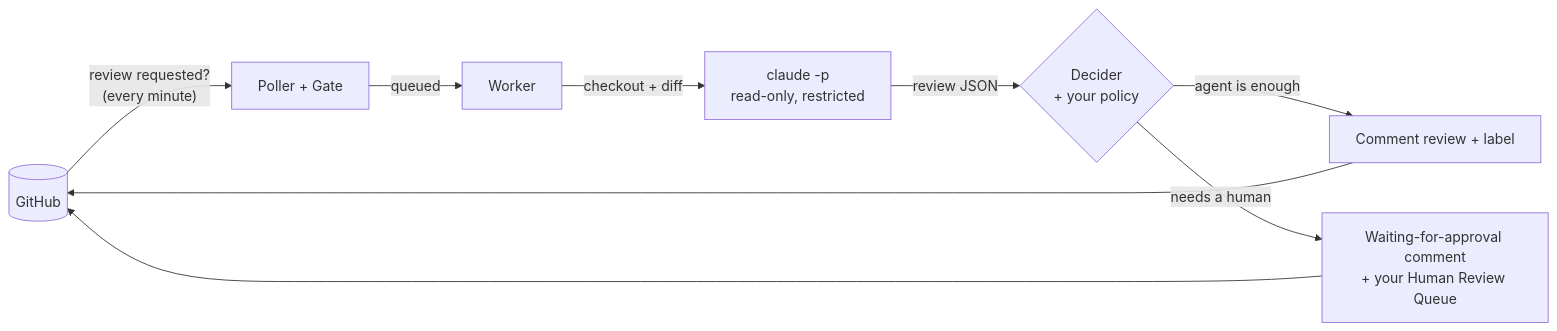
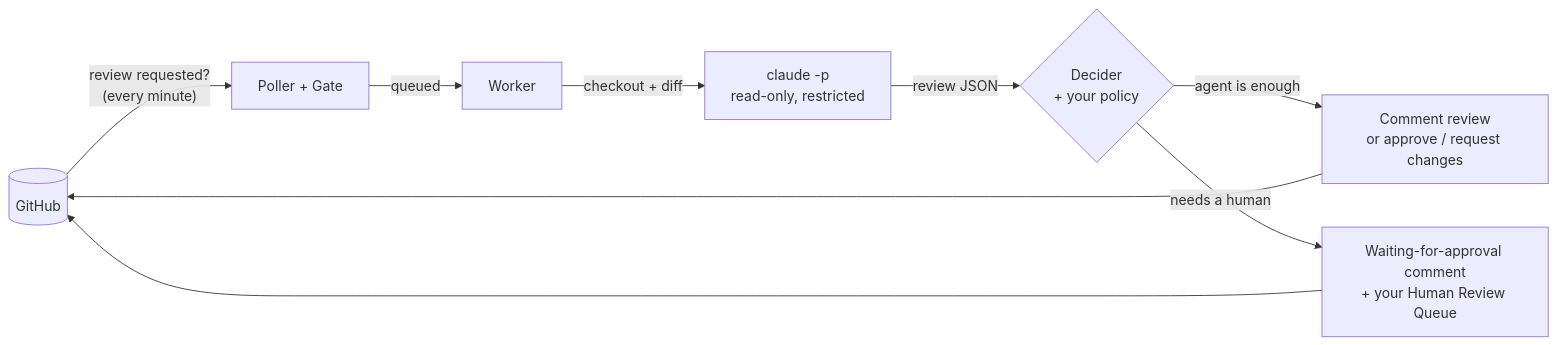
The diagram in README.md (AmirhosseinBahrani/prowl), drawn with Mermaid before and after one commit. The commit also changed other lines of this file and 15 other files, not shown here.

First line of the commit message:
Let the agent approve or request changes on low-risk PRs

````diff
--- a/README.md
+++ b/README.md
@@ -51,11 +53,11 @@
 ```mermaid
 flowchart LR
     GH[(GitHub)] -- "review requested?<br/>(every minute)" --> P[Poller + Gate]
     P -- queued --> W[Worker]
     W -- "checkout + diff" --> C["claude -p<br/>read-only, restricted"]
     C -- "review JSON" --> D{Decider<br/>+ your policy}
-    D -- "agent is enough" --> R[Comment review + label]
+    D -- "agent is enough" --> R[Comment review<br/>or approve / request changes]
     D -- "needs a human" --> Q[Waiting-for-approval comment<br/>+ your Human Review Queue]
     R --> GH
     Q --> GH
 ```
````
